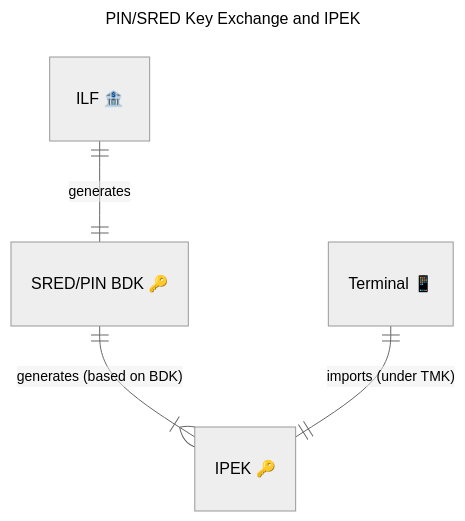
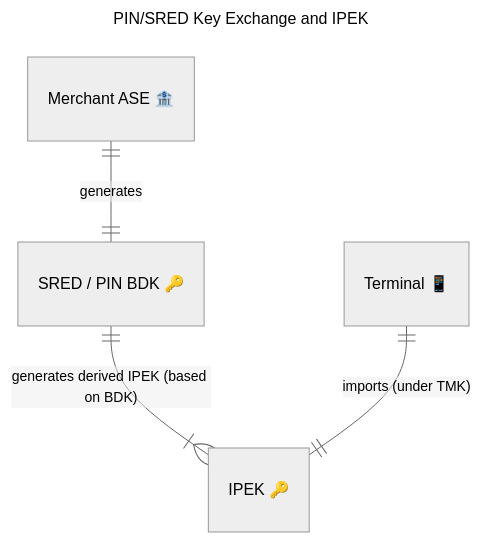
The fourth of 6 diagrams in test/hsm-emulator/README.md (interledger/rafiki), drawn with Mermaid (neutral theme) before and after one commit. The commit also changed other lines of this file and 14 other files, not shown here.

Commit message:
feat(car-6): update doc and endpoints based on ASE model.

````diff
--- a/test/hsm-emulator/README.md
+++ b/test/hsm-emulator/README.md
@@ -74,9 +94,9 @@
 ```mermaid
 ---
 title: PIN/SRED Key Exchange and IPEK
 ---
 erDiagram
-    "ILF 🏦" ||--|| "SRED/PIN BDK 🔑" : "generates"
-    "SRED/PIN BDK 🔑" ||--}| "IPEK 🔑" : "generates (based on BDK)"
+    "Merchant ASE 🏦" ||--|| "SRED / PIN BDK 🔑" : "generates"
+    "SRED / PIN BDK 🔑" ||--}| "IPEK 🔑" : "generates derived IPEK (based on BDK)"
     "Terminal 📱" ||--|| "IPEK 🔑" : "imports (under TMK)"
 ```
````
